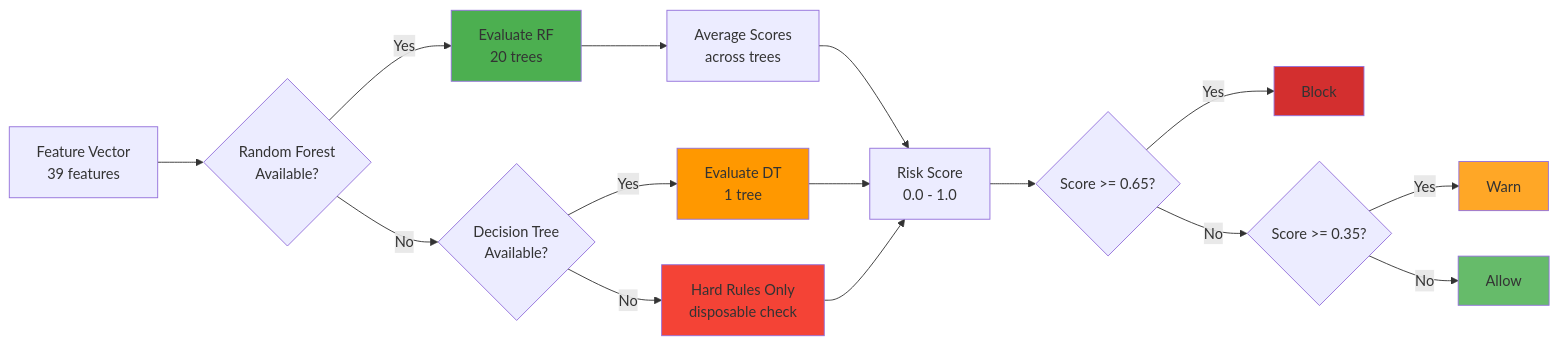
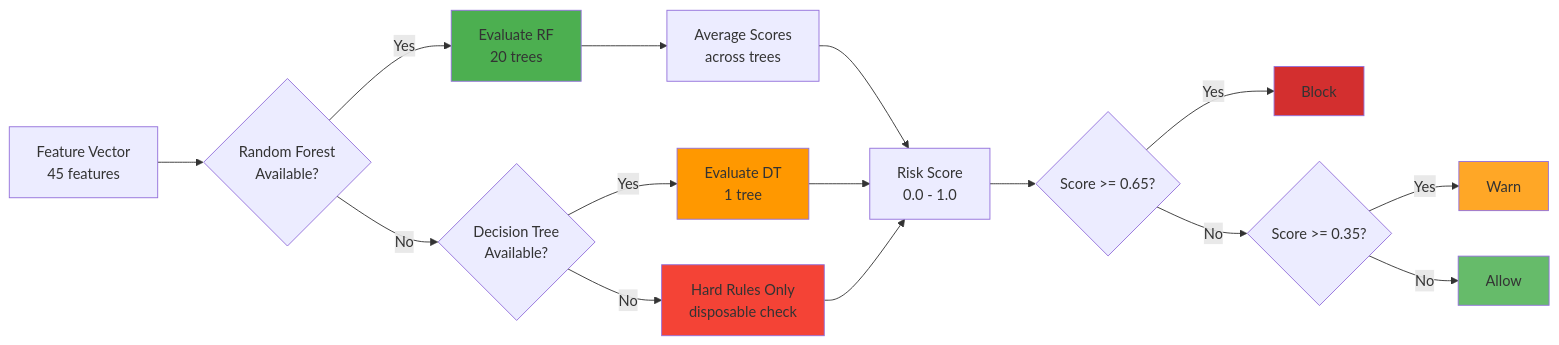
The fourth of 7 diagrams in docs/ARCHITECTURE.md (erfianugrah/markov-mail), drawn with Mermaid before and after one commit. The commit also changed other lines of this file and 21 other files, not shown here.

````diff
--- a/docs/ARCHITECTURE.md
+++ b/docs/ARCHITECTURE.md
@@ -212,29 +212,29 @@
 ```mermaid
 flowchart LR
-    A[Feature Vector<br/>39 features] --> B{Random Forest<br/>Available?}
+    A[Feature Vector<br/>45 features] --> B{Random Forest<br/>Available?}
 
     B -->|Yes| C[Evaluate RF<br/>20 trees]
     B -->|No| D{Decision Tree<br/>Available?}
 
     C --> E[Average Scores<br/>across trees]
     E --> F[Risk Score<br/>0.0 - 1.0]
 
     D -->|Yes| G[Evaluate DT<br/>1 tree]
     D -->|No| H[Hard Rules Only<br/>disposable check]
 
     G --> F
     H --> F
 
     F --> I{Score >= 0.65?}
     I -->|Yes| J[Block]
     I -->|No| K{Score >= 0.35?}
     K -->|Yes| L[Warn]
     K -->|No| M[Allow]
 
     style C fill:#4caf50
     style G fill:#ff9800
     style H fill:#f44336
     style J fill:#d32f2f
     style L fill:#ffa726
     style M fill:#66bb6a
 ```
````
